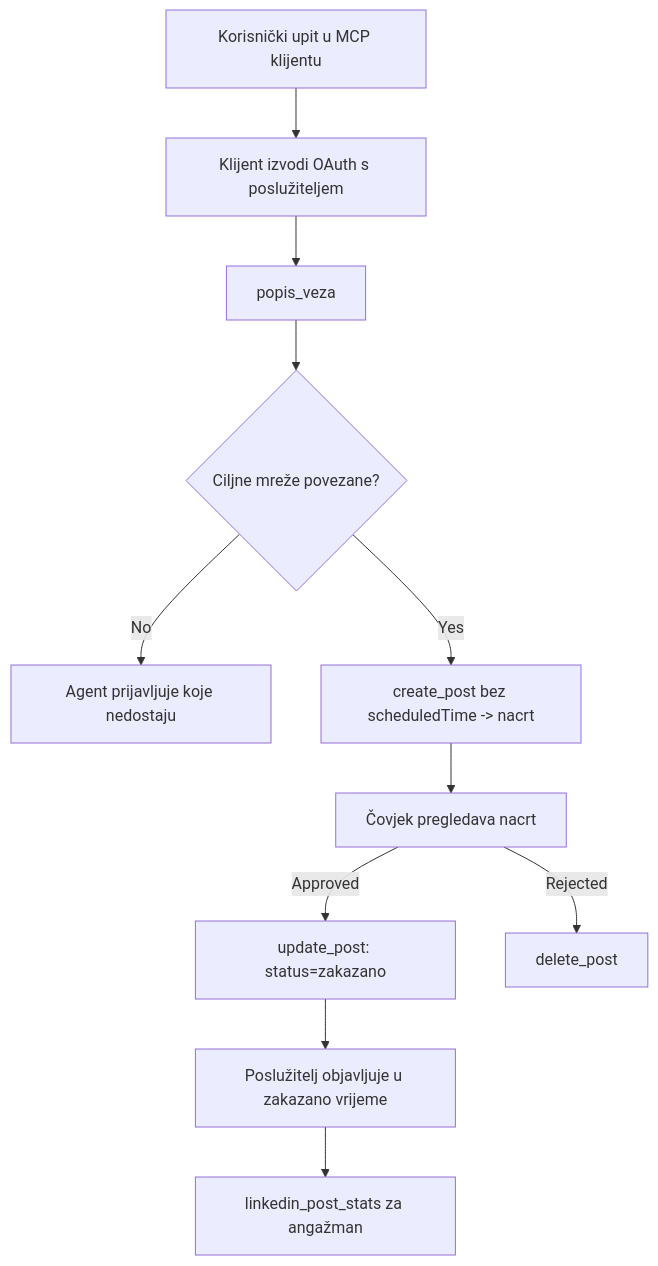
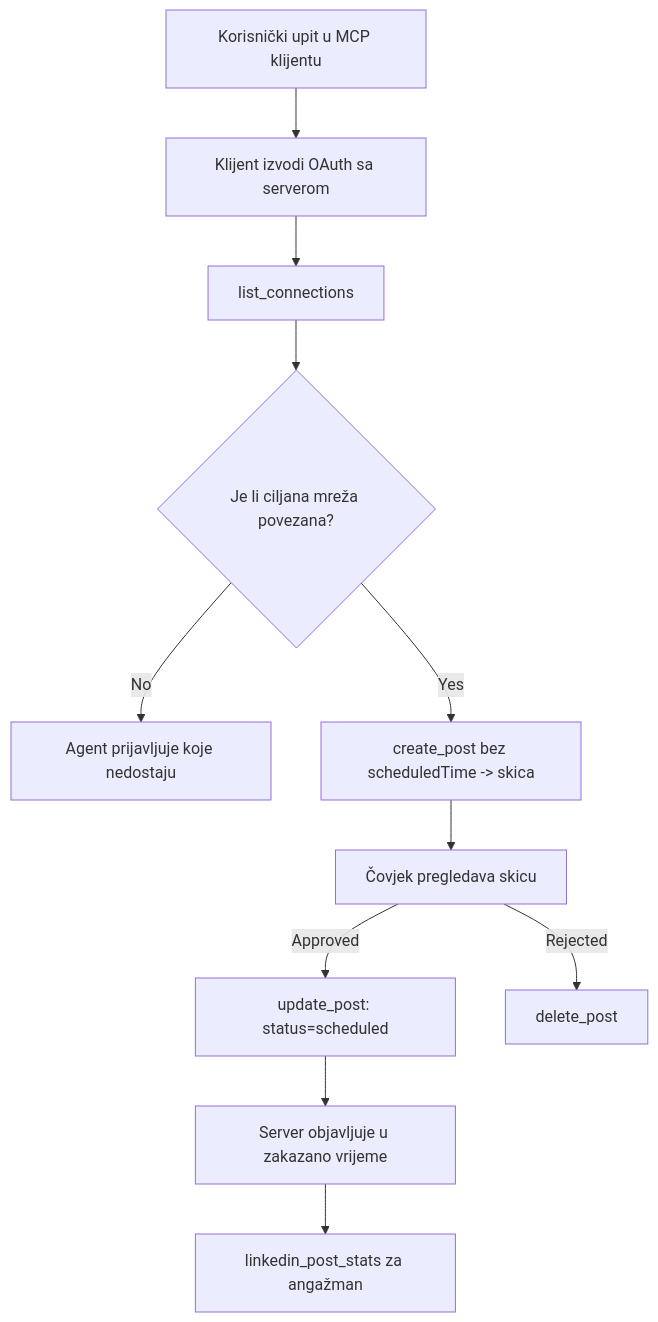
One commit to microsoft/mcp-for-beginners changed the diagram in translations/hr/09-CaseStudy/publora-social-publishing.md. Above: the diagram before and after it, drawn with Mermaid. The commit also changed other lines of this file and 154 other files, not shown here.

````diff
--- a/translations/hr/09-CaseStudy/publora-social-publishing.md
+++ b/translations/hr/09-CaseStudy/publora-social-publishing.md
@@ -47,13 +47,13 @@
 ```mermaid
 flowchart TD
-    A[Korisnički upit u MCP klijentu] --> B[Klijent izvodi OAuth s poslužiteljem]
-    B --> C[popis_veza]
-    C --> D{Ciljne mreže povezane?}
+    A[Korisnički upit u MCP klijentu] --> B[Klijent izvodi OAuth sa serverom]
+    B --> C[list_connections]
+    C --> D{Je li ciljana mreža povezana?}
     D -- No --> E[Agent prijavljuje koje nedostaju]
-    D -- Yes --> F[create_post bez scheduledTime -> nacrt]
-    F --> G[Čovjek pregledava nacrt]
-    G -- Approved --> H[update_post: status=zakazano]
+    D -- Yes --> F[create_post bez scheduledTime -> skica]
+    F --> G[Čovjek pregledava skicu]
+    G -- Approved --> H[update_post: status=scheduled]
     G -- Rejected --> I[delete_post]
-    H --> J[Poslužitelj objavljuje u zakazano vrijeme]
+    H --> J[Server objavljuje u zakazano vrijeme]
     J --> K[linkedin_post_stats za angažman]
 ```
````
